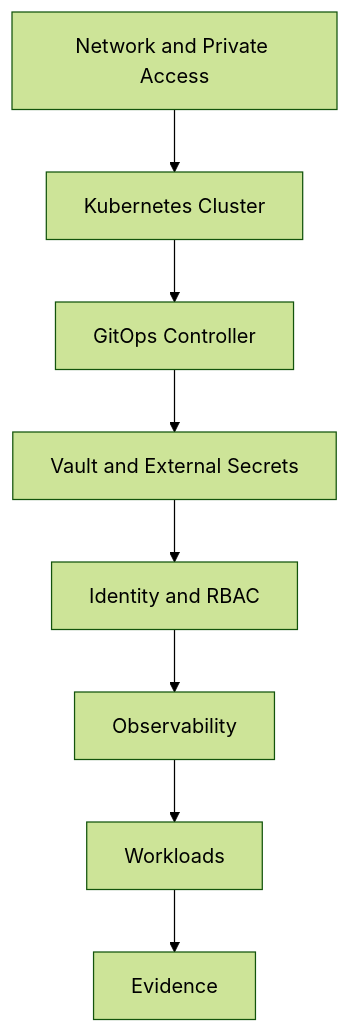
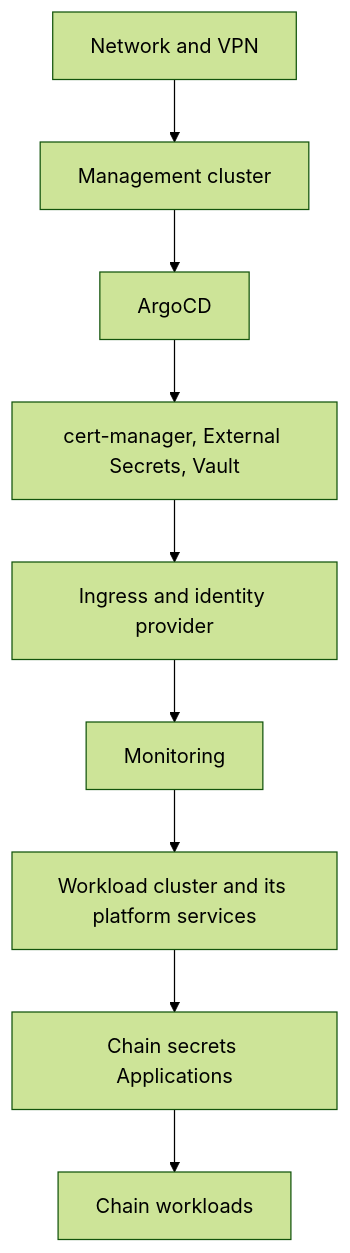
One commit to FP-Validated/fp-validated-docs changed the diagram in website/docs/fp-validated-infra/bootstrap-and-recovery.md. Above: the diagram before and after it, drawn with Mermaid (forest theme). The commit also changed other lines of this file and 21 other files, not shown here.

First line of the commit message:
Bring infrastructure and chain architecture docs up to date

````diff
--- a/website/docs/fp-validated-infra/bootstrap-and-recovery.md
+++ b/website/docs/fp-validated-infra/bootstrap-and-recovery.md
@@ -11,19 +11,21 @@
 ```mermaid
 flowchart TB
-  network[Network and Private Access]
-  cluster[Kubernetes Cluster]
-  gitops[GitOps Controller]
-  secrets[Vault and External Secrets]
-  access[Identity and RBAC]
-  obs[Observability]
-  workloads[Workloads]
-  evidence[Evidence]
+  network[Network and VPN]
+  mgmt[Management cluster]
+  argo[ArgoCD]
+  secrets[cert-manager, External Secrets, Vault]
+  access[Ingress and identity provider]
+  obs[Monitoring]
+  work[Workload cluster and its platform services]
+  chainsec[Chain secrets Applications]
+  chains[Chain workloads]
 
-  network --> cluster
-  cluster --> gitops
-  gitops --> secrets
+  network --> mgmt
+  mgmt --> argo
+  argo --> secrets
   secrets --> access
   access --> obs
-  obs --> workloads
-  workloads --> evidence
+  obs --> work
+  work --> chainsec
+  chainsec --> chains
 ```
````
